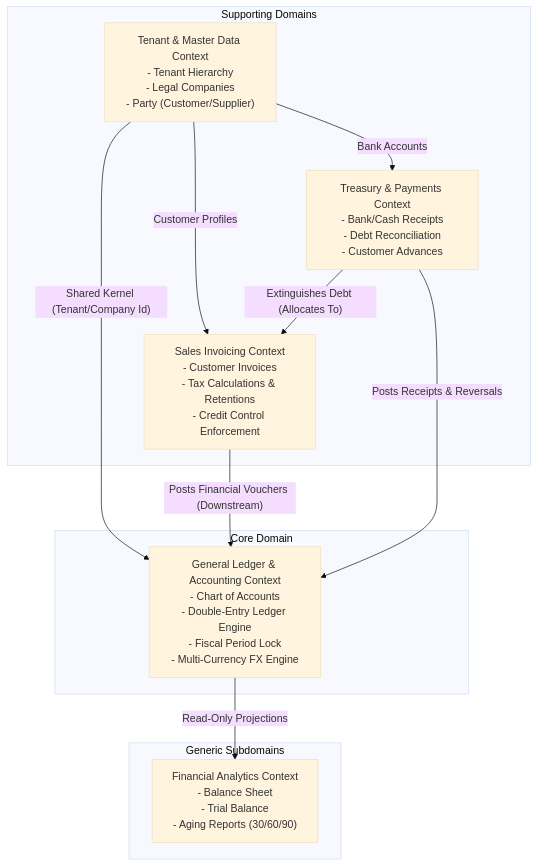
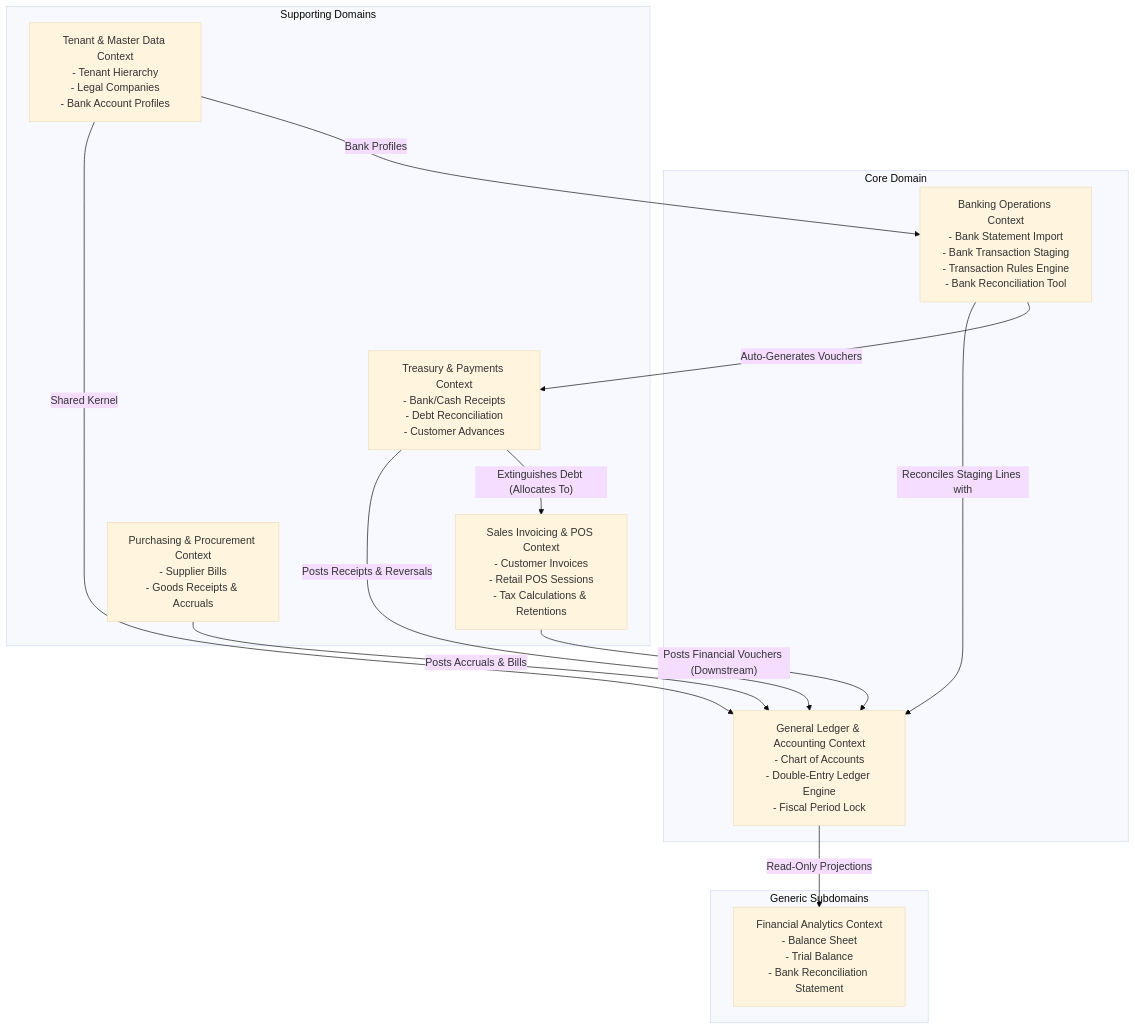
One commit to alejandrovrod/replicate-odoo changed the diagram in aspire-erp/.specify/domain_business_rules_ddd.md. Above: the diagram before and after it, drawn with Mermaid (base theme). The commit also changed other lines of this file and 3 other files, not shown here.

````diff
--- a/aspire-erp/.specify/domain_business_rules_ddd.md
+++ b/aspire-erp/.specify/domain_business_rules_ddd.md
@@ -38,24 +41,28 @@
 ```mermaid
 graph TD
     subgraph Core Domain
-        GLContext["General Ledger & Accounting Context<br/>- Chart of Accounts<br/>- Double-Entry Ledger Engine<br/>- Fiscal Period Lock<br/>- Multi-Currency FX Engine"]
+        GLContext["General Ledger & Accounting Context<br/>- Chart of Accounts<br/>- Double-Entry Ledger Engine<br/>- Fiscal Period Lock"]
+        BankOpsContext["Banking Operations Context<br/>- Bank Statement Import<br/>- Bank Transaction Staging<br/>- Transaction Rules Engine<br/>- Bank Reconciliation Tool"]
     end
 
     subgraph Supporting Domains
-        InvoiceContext["Sales Invoicing Context<br/>- Customer Invoices<br/>- Tax Calculations & Retentions<br/>- Credit Control Enforcement"]
+        InvoiceContext["Sales Invoicing & POS Context<br/>- Customer Invoices<br/>- Retail POS Sessions<br/>- Tax Calculations & Retentions"]
+        BuyingContext["Purchasing & Procurement Context<br/>- Supplier Bills<br/>- Goods Receipts & Accruals"]
         PaymentContext["Treasury & Payments Context<br/>- Bank/Cash Receipts<br/>- Debt Reconciliation<br/>- Customer Advances"]
-        MasterDataContext["Tenant & Master Data Context<br/>- Tenant Hierarchy<br/>- Legal Companies<br/>- Party (Customer/Supplier)"]
+        MasterDataContext["Tenant & Master Data Context<br/>- Tenant Hierarchy<br/>- Legal Companies<br/>- Bank Account Profiles"]
     end
 
     subgraph Generic Subdomains
-        ReportingContext["Financial Analytics Context<br/>- Balance Sheet<br/>- Trial Balance<br/>- Aging Reports (30/60/90)"]
+        ReportingContext["Financial Analytics Context<br/>- Balance Sheet<br/>- Trial Balance<br/>- Bank Reconciliation Statement"]
     end
 
-    MasterDataContext -->|"Shared Kernel (Tenant/Company Id)"| GLContext
-    MasterDataContext -->|"Customer Profiles"| InvoiceContext
-    MasterDataContext -->|"Bank Accounts"| PaymentContext
+    MasterDataContext -->|"Shared Kernel"| GLContext
+    MasterDataContext -->|"Bank Profiles"| BankOpsContext
+    BankOpsContext -->|"Reconciles Staging Lines with"| GLContext
+    BankOpsContext -->|"Auto-Generates Vouchers"| PaymentContext
     InvoiceContext -->|"Posts Financial Vouchers (Downstream)"| GLContext
+    BuyingContext -->|"Posts Accruals & Bills"| GLContext
     PaymentContext -->|"Posts Receipts & Reversals"| GLContext
     PaymentContext -->|"Extinguishes Debt (Allocates To)"| InvoiceContext
     GLContext -->|"Read-Only Projections"| ReportingContext
 ```
````
